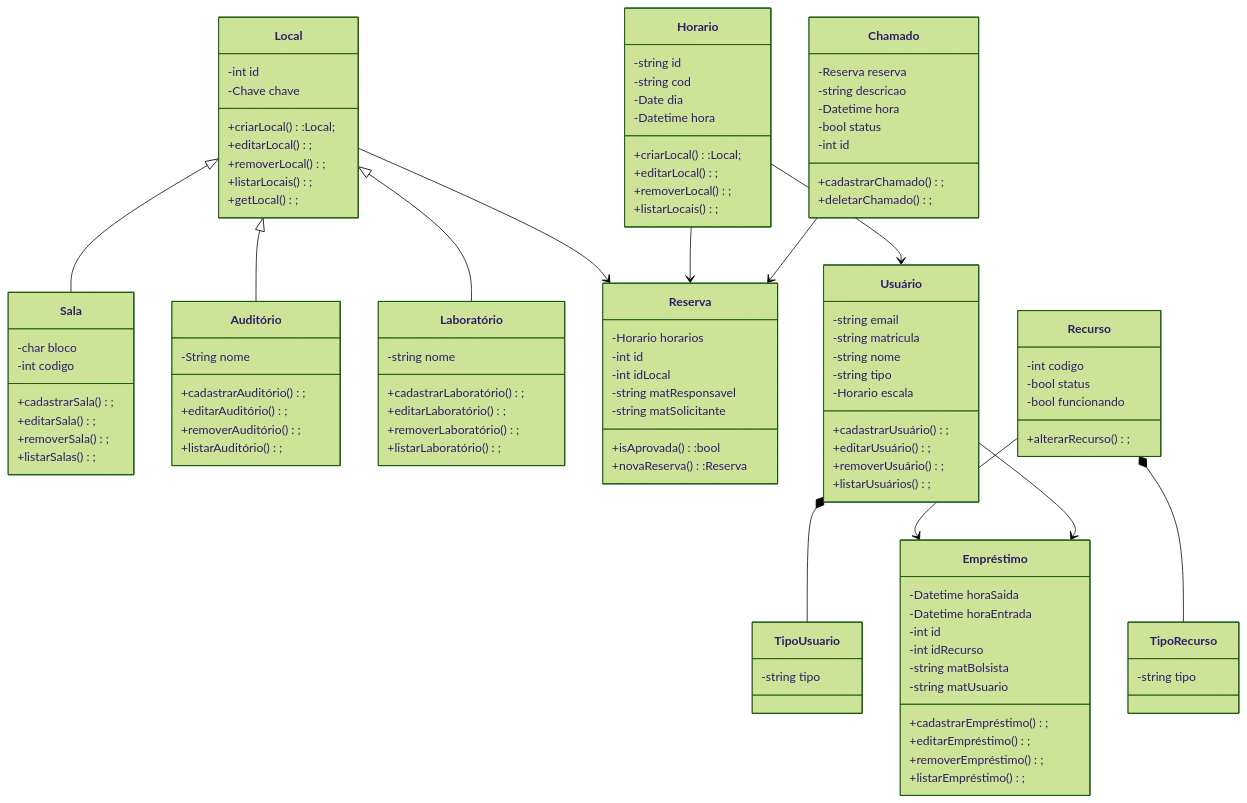
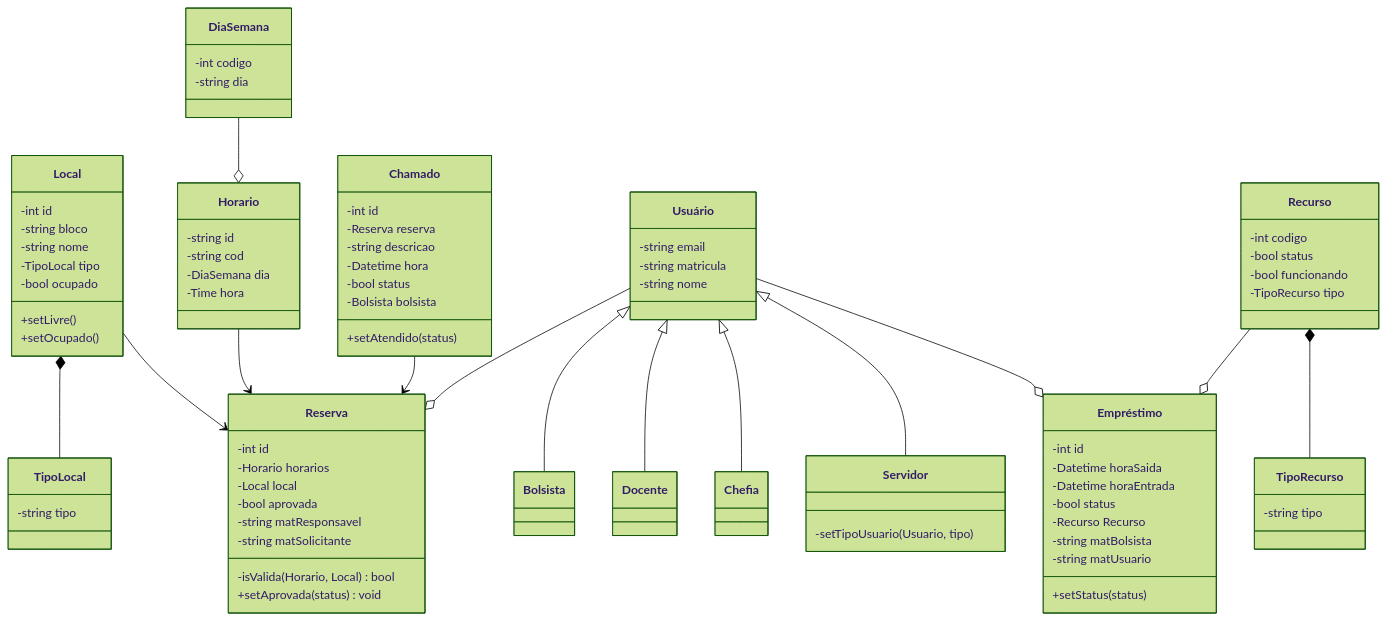
One commit to tgo-mas/SIGApoio changed the diagram in docs/diagramadeclasse.md. Above: the diagram before and after it, drawn with Mermaid (forest theme). The commit also changed 2 other files, not shown here.

Commit message:
Atualizando diagramas de classe e ER

```diff
--- a/docs/diagramadeclasse.md
+++ b/docs/diagramadeclasse.md
@@ -1,125 +1,94 @@
 ~~~mermaid 
 classDiagram
 
-    Local <|-- Sala
-    Local <|-- Auditório
-    Local <|-- Laboratório
-
-    %% Reserva <|-- Usuário
-    %% Usuário <|-- Bolsista
-    %% Usuário <|-- Docente
-    %% Usuário <|-- Chefia
-    %% Usuário <|-- Servidor
-
-
-
-
+    Local *-- TipoLocal
     Local --> Reserva
     Horario --> Reserva
+    Chamado --> Reserva
+    DiaSemana --o Horario
 
-    Chamado --> Reserva
-    Horario --> Usuário
+    Usuário --o Reserva
+    Usuário <|-- Bolsista
+    Usuário <|-- Docente
+    Usuário <|-- Chefia
+    Usuário <|-- Servidor
 
+    Recurso --o Empréstimo
+    Usuário --o Empréstimo
     Recurso *-- TipoRecurso
-    Usuário *-- TipoUsuario
 
-
-    Recurso --> Empréstimo
-    Usuário --> Empréstimo
-
-
+    class TipoLocal{
+        -string tipo
+    }
     class Local{
         -int id
-        -Chave chave
-        +criarLocal():Local;
-        +editarLocal();
-        +removerLocal();
-        +listarLocais();
-        +getLocal();
+        -string bloco
+        -string nome
+        -TipoLocal tipo
+        -bool ocupado
+        +setLivre()
+        +setOcupado()
     }
+
     class Horario{
         -string id
         -string cod
-        -Date dia
-        -Datetime hora
-        +criarLocal():Local;
-        +editarLocal();
-        +removerLocal();
-        +listarLocais();
+        -DiaSemana dia
+        -Time hora
     }
+    class DiaSemana{
+        -int codigo
+        -string dia
+    }
+
     class Reserva{
+        -int id
         -Horario horarios
-        -int id
-        -int idLocal
+        -Local local
+        -bool aprovada
         -string matResponsavel
         -string matSolicitante
-        +isAprovada():bool
-        +novaReserva():Reserva
+        -isValida(Horario, Local) bool
+        +setAprovada(status) void
     }
-    class Sala{
-        -char bloco
-        -int codigo
-        +cadastrarSala();
-        +editarSala();
-        +removerSala();
-        +listarSalas();
-    }
-    class Auditório{
-        -String nome
-        +cadastrarAuditório();
-        +editarAuditório();
-        +removerAuditório();
-        +listarAuditório();
-    }
-    class Laboratório{
-        -string nome
-        +cadastrarLaboratório();
-        +editarLaboratório();
-        +removerLaboratório();
-        +listarLaboratório();
-    }
+
     class Recurso{
         -int codigo
         -bool status
         -bool funcionando
-        +alterarRecurso();
+        -TipoRecurso tipo
     }
     class TipoRecurso{
         -string tipo
     }
+
     class Usuário{
         -string email
         -string matricula
         -string nome
-        -string tipo
-        -Horario escala
-        +cadastrarUsuário();
-        +editarUsuário();
-        +removerUsuário();
-        +listarUsuários();
     }
-    class TipoUsuario{
-        -string tipo
+    class Servidor{
+        -setTipoUsuario(Usuario, tipo)
     }
+
     class Empréstimo{
+        -int id
         -Datetime horaSaida
         -Datetime horaEntrada
-        -int id
-        -int idRecurso
+        -bool status
+        -Recurso Recurso
         -string matBolsista
         -string matUsuario
-        +cadastrarEmpréstimo();
-        +editarEmpréstimo();
-        +removerEmpréstimo();
-        +listarEmpréstimo();
+        +setStatus(status)
     }
+
     class Chamado{
+        -int id
         -Reserva reserva
         -string descricao
         -Datetime hora
         -bool status
-        -int id
-        +cadastrarChamado();
-        +deletarChamado();
+        -Bolsista bolsista
+        +setAtendido(status)
     }
 ~~~
```
